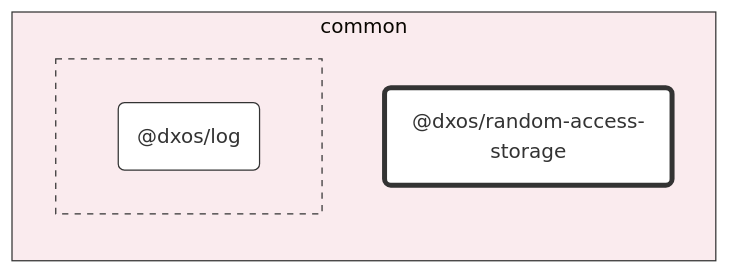
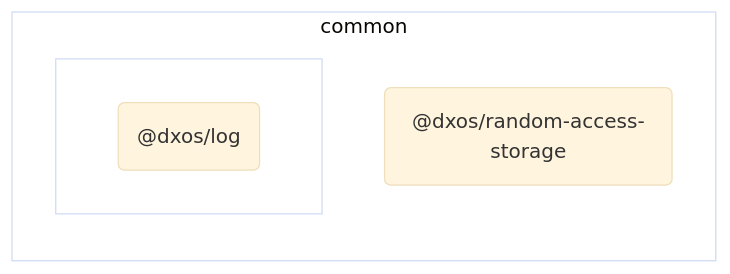
Before and after one commit to dxos/dxos: the diagram in packages/common/random-access-storage/docs/README.md, drawn with Mermaid (base theme). The commit also changed 126 other files, not shown here.

````diff
--- a/packages/common/random-access-storage/docs/README.md
+++ b/packages/common/random-access-storage/docs/README.md
@@ -7,26 +7,23 @@
 ```mermaid
 %%{ init: {'flowchart':{'curve':'basis'}} }%%
 
 flowchart LR
 
 %% Classes
-classDef def fill:#fff,stroke:#333,stroke-width:1px
-classDef root fill:#fff,stroke:#333,stroke-width:4px
+
+
 
 %% Nodes
 
 subgraph common [common]
-  style common fill:#faebee,stroke:#333
+  style common fill:transparent
   dxos/random-access-storage("@dxos/random-access-storage"):::root
   click dxos/random-access-storage "dxos/dxos/tree/main/packages/common/random-access-storage/docs"
 
   subgraph _ [ ]
-    style _ fill:#faebee,stroke:#333,stroke-dasharray:5 5
+    style _ fill:transparent
     dxos/log("@dxos/log"):::def
     click dxos/log "dxos/dxos/tree/main/packages/common/log/docs"
   end
 end
-
-%% Links
-linkStyle default stroke:#333,stroke-width:1px
 ```
````
